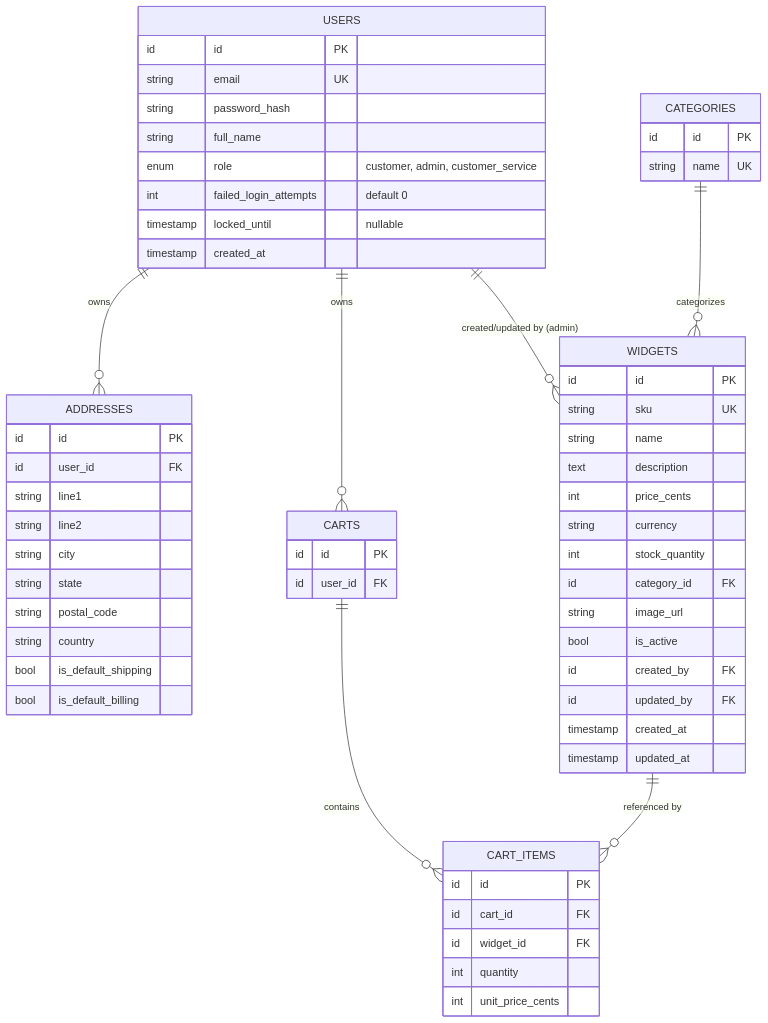
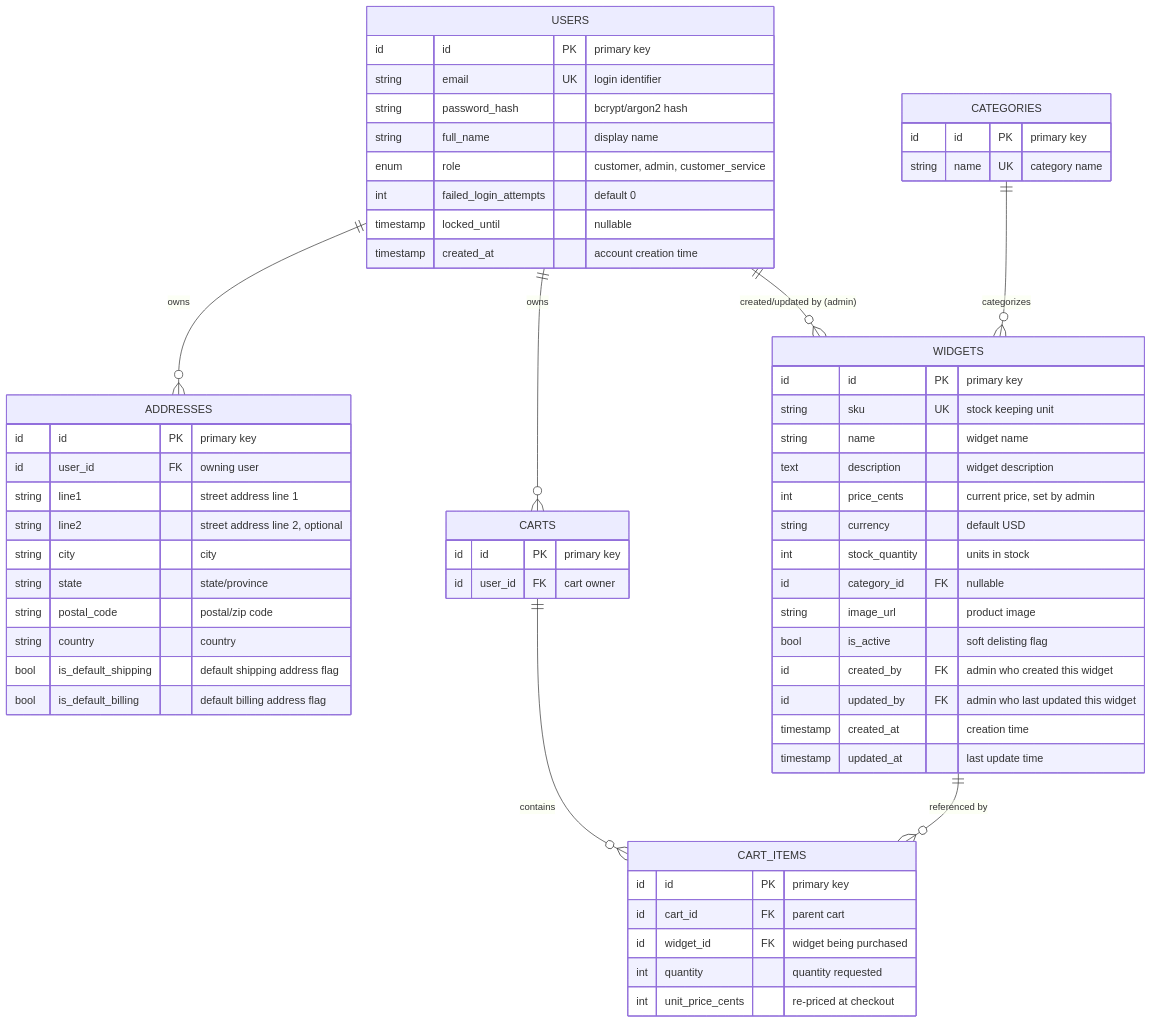
One commit to eweinmanepam/Remediation-Engineer-Sample-Application changed the second of 14 diagrams in DESIGN.md. Above: the diagram before and after it, drawn with Mermaid. The commit also changed other lines of this file, not shown here.

First line of the commit message:
Fix "svg element not in render tree" by commenting every ER attribute

````diff
--- a/DESIGN.md
+++ b/DESIGN.md
@@ -146,68 +146,68 @@
 ```mermaid
 erDiagram
     USERS ||--o{ ADDRESSES : owns
     USERS ||--o{ CARTS : owns
     CATEGORIES ||--o{ WIDGETS : categorizes
     USERS ||--o{ WIDGETS : "created/updated by (admin)"
     CARTS ||--o{ CART_ITEMS : contains
     WIDGETS ||--o{ CART_ITEMS : "referenced by"
 
     USERS {
-        id id PK
-        string email UK
-        string password_hash
-        string full_name
+        id id PK "primary key"
+        string email UK "login identifier"
+        string password_hash "bcrypt/argon2 hash"
+        string full_name "display name"
         enum role "customer, admin, customer_service"
         int failed_login_attempts "default 0"
         timestamp locked_until "nullable"
-        timestamp created_at
+        timestamp created_at "account creation time"
     }
 
     ADDRESSES {
-        id id PK
-        id user_id FK
-        string line1
-        string line2
-        string city
-        string state
-        string postal_code
-        string country
-        bool is_default_shipping
-        bool is_default_billing
+        id id PK "primary key"
+        id user_id FK "owning user"
+        string line1 "street address line 1"
+        string line2 "street address line 2, optional"
+        string city "city"
+        string state "state/province"
+        string postal_code "postal/zip code"
+        string country "country"
+        bool is_default_shipping "default shipping address flag"
+        bool is_default_billing "default billing address flag"
     }
 
     CATEGORIES {
-        id id PK
-        string name UK
+        id id PK "primary key"
+        string name UK "category name"
     }
 
     WIDGETS {
-        id id PK
-        string sku UK
-        string name
-        text description
-        int price_cents
-        string currency
-        int stock_quantity
-        id category_id FK
-        string image_url
-        bool is_active
-        id created_by FK
-        id updated_by FK
-        timestamp created_at
-        timestamp updated_at
+        id id PK "primary key"
+        string sku UK "stock keeping unit"
+        string name "widget name"
+        text description "widget description"
+        int price_cents "current price, set by admin"
+        string currency "default USD"
+        int stock_quantity "units in stock"
+        id category_id FK "nullable"
+        string image_url "product image"
+        bool is_active "soft delisting flag"
+        id created_by FK "admin who created this widget"
+        id updated_by FK "admin who last updated this widget"
+        timestamp created_at "creation time"
+        timestamp updated_at "last update time"
     }
 
     CARTS {
-        id id PK
-        id user_id FK
+        id id PK "primary key"
+        id user_id FK "cart owner"
     }
 
     CART_ITEMS {
-        id id PK
-        id cart_id FK
-        id widget_id FK
-        int quantity
-        int unit_price_cents
+        id id PK "primary key"
+        id cart_id FK "parent cart"
+        id widget_id FK "widget being purchased"
+        int quantity "quantity requested"
+        int unit_price_cents "re-priced at checkout"
     }
 ```
````
